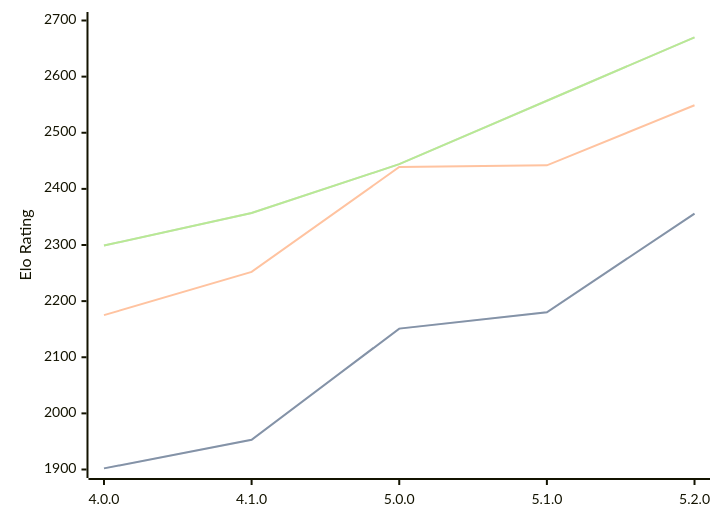
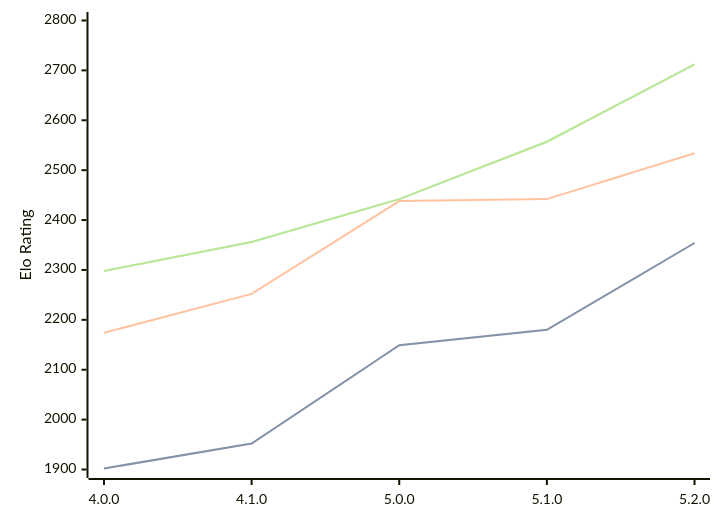
The diagram in engines/Aconcagua.md (computer-chess-index/cci), drawn with Mermaid before and after one commit. The commit also changed other lines of this file, not shown here.

Commit message:
Update CCI Ratings (ELO VLTC) - 2026-06-12

````diff
--- a/engines/Aconcagua.md
+++ b/engines/Aconcagua.md
@@ -44,11 +44,11 @@
 ```mermaid
 %%{init: {"theme":"base","themeVariables":{"seriesColors:['#a3a3a3','#222221','#faa371']}}}%%
 xychart-beta
   x-axis ["4.0.0", "4.1.0", "5.0.0", "5.1.0", "5.2.0"]
-  y-axis "Elo Rating" 1900 --> 2700
-  line "STC (8.0+0.08s)" [1902, 1953, 2151, 2180, 2356]
-  line "STC (8.0+0.08s)" [1902, 1953, 2151, 2180, 2356]
-  line "LTC (60.0+0.60s)" [2175, 2252, 2439, 2442, 2549]
-  line "VLTC (2m24s+1.12s)" [2299, 2357, 2444, 2557, 2670]
-  line "VLTC (2m24s+1.12s)" [2299, 2357, 2444, 2557, 2670]
+  y-axis "Elo Rating" 1900 --> 2800
+  line "STC (8.0+0.08s)" [1902, 1952, 2149, 2180, 2354]
+  line "STC (8.0+0.08s)" [1902, 1952, 2149, 2180, 2354]
+  line "LTC (60.0+0.60s)" [2174, 2252, 2438, 2442, 2534]
+  line "VLTC (2m24s+1.12s)" [2298, 2356, 2442, 2557, 2712]
+  line "VLTC (2m24s+1.12s)" [2298, 2356, 2442, 2557, 2712]
 ```
````
